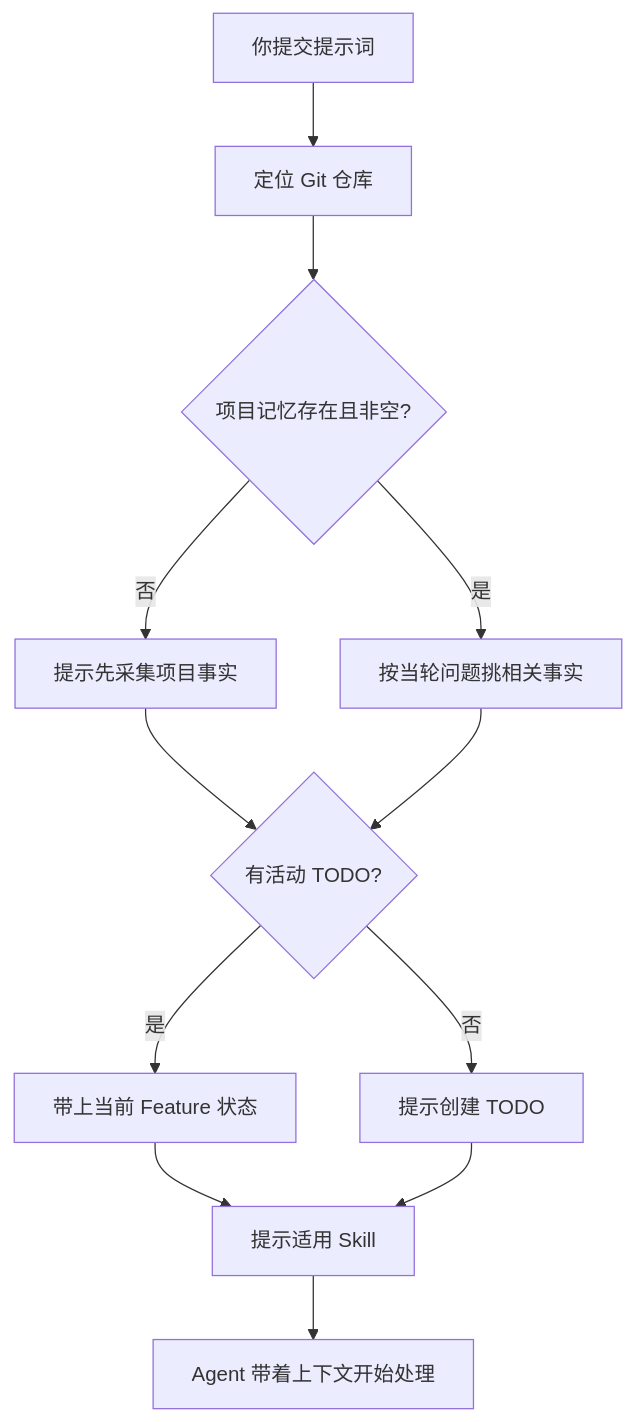
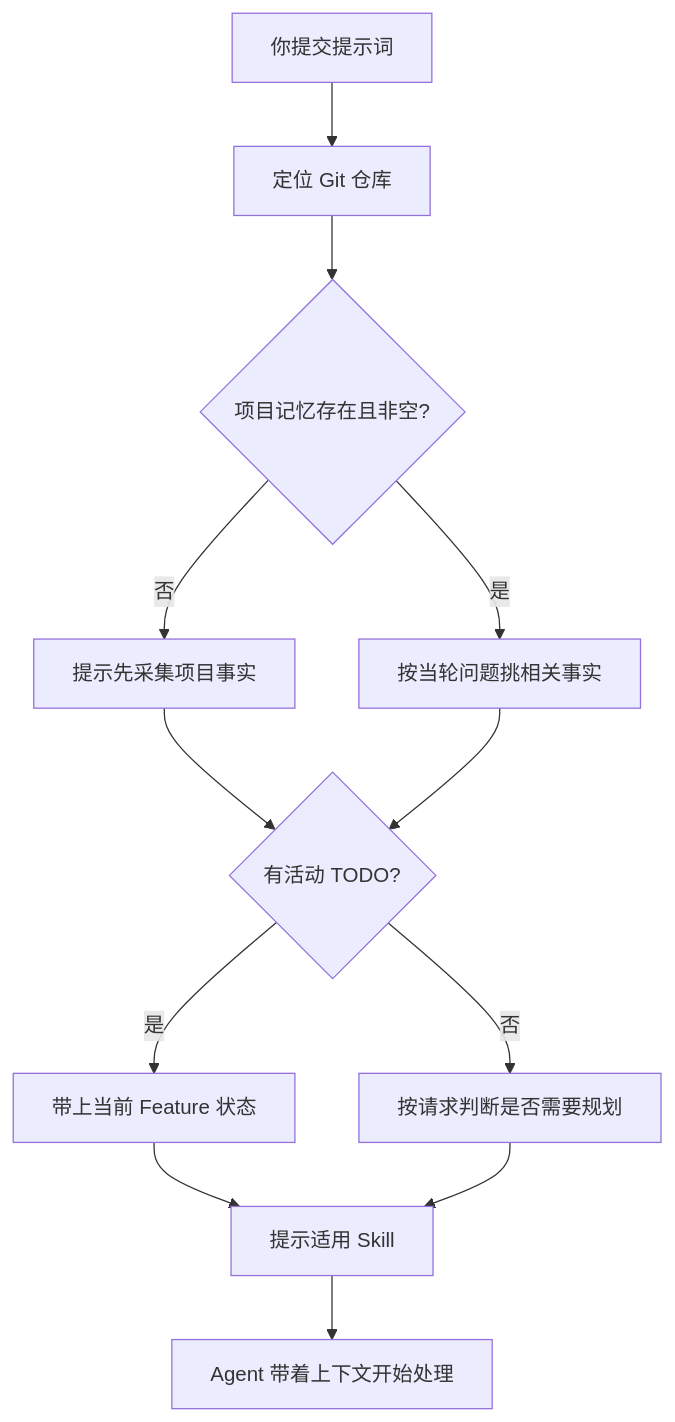
Before and after one commit to bald-head/deploy-docs: the diagram in src/content/docs/skills/hooks/user-prompt-submit.mdx, drawn with Mermaid. The commit also changed other lines of this file and 141 other files, not shown here.

````diff
--- a/src/content/docs/skills/hooks/user-prompt-submit.mdx
+++ b/src/content/docs/skills/hooks/user-prompt-submit.mdx
@@ -142,14 +136,14 @@
 ```mermaid
 graph TD
     A[你提交提示词] --> B[定位 Git 仓库]
     B --> C{项目记忆存在且非空?}
     C -->|否| D[提示先采集项目事实]
     C -->|是| E[按当轮问题挑相关事实]
     D --> F{有活动 TODO?}
     E --> F
     F -->|是| G[带上当前 Feature 状态]
-    F -->|否| H[提示创建 TODO]
+    F -->|否| H[按请求判断是否需要规划]
     G --> I[提示适用 Skill]
     H --> I
     I --> J[Agent 带着上下文开始处理]
 ```
````
